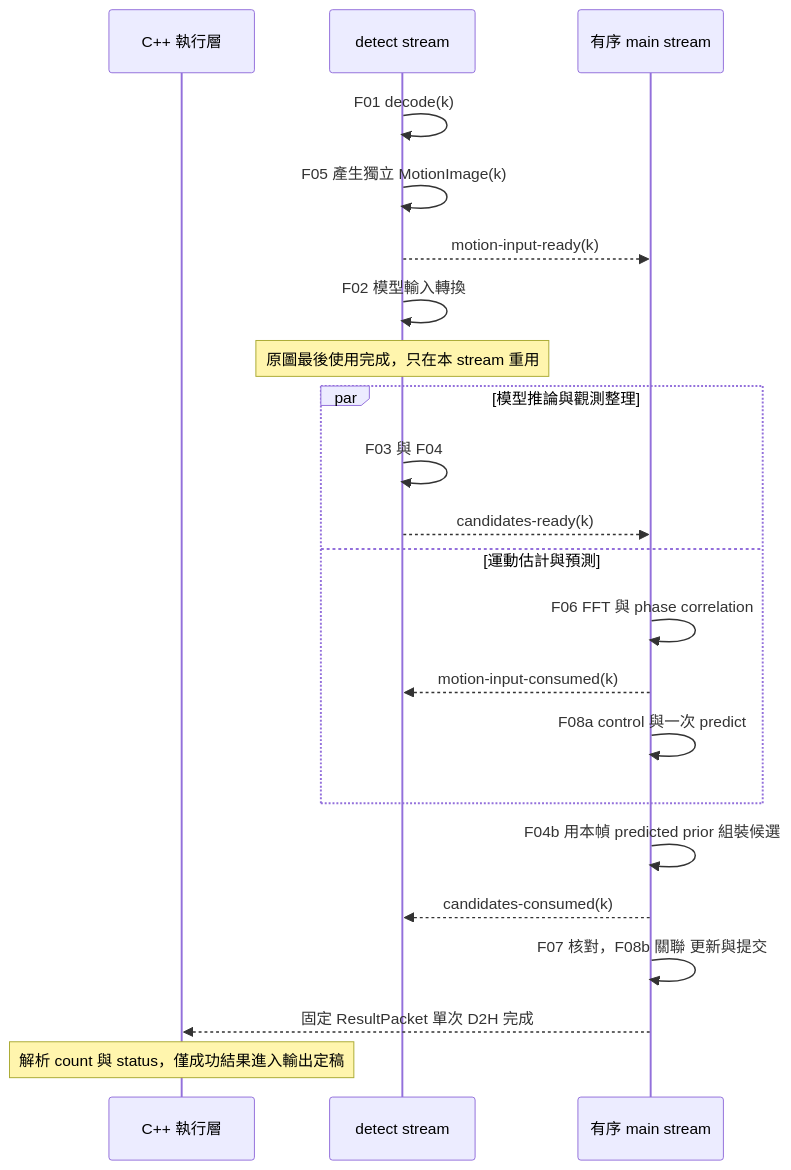
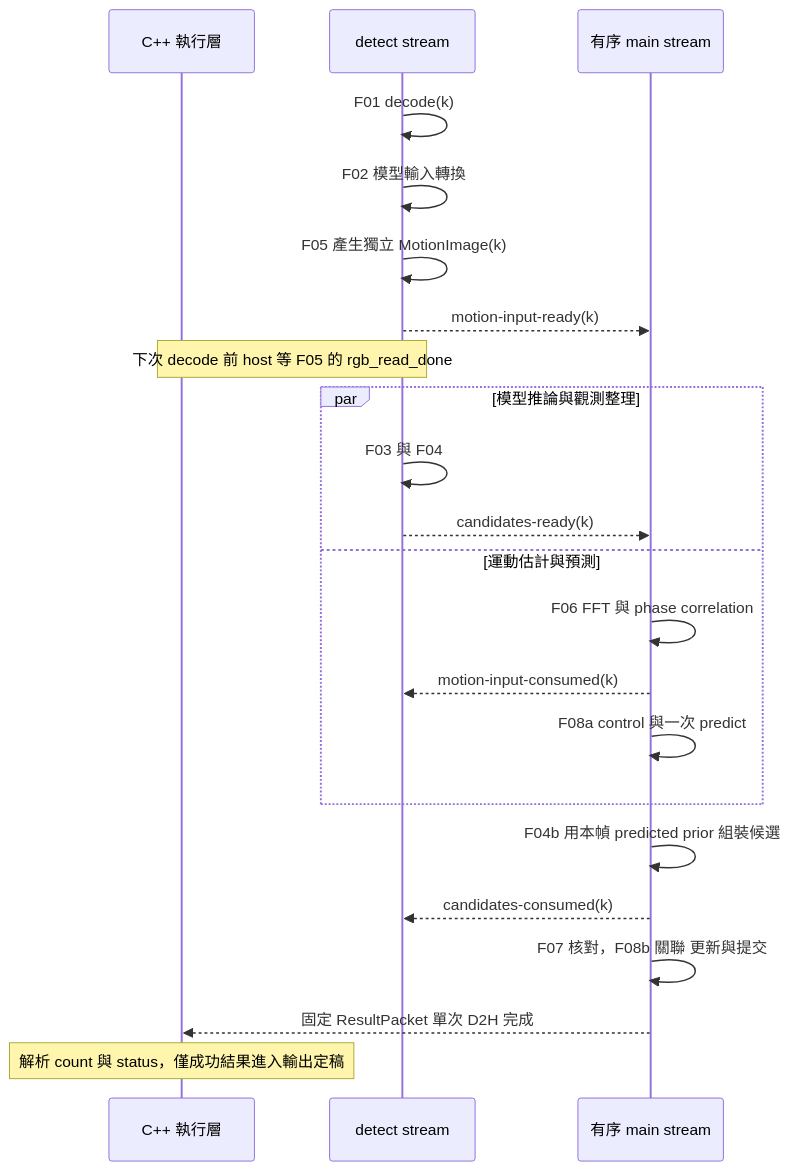
Before and after one commit to raylei50653/saccade_v1: the second of 2 diagrams in docs/DATAFLOW.md, drawn with Mermaid. The commit also changed other lines of this file and 395 other files, not shown here.

First line of the commit message:
Replay F03-F04 and the tracking tail as CUDA Graphs, cut sort work, and record the resource schedule

````diff
--- a/docs/DATAFLOW.md
+++ b/docs/DATAFLOW.md
@@ -251,24 +251,24 @@
 ```mermaid
 sequenceDiagram
     participant C as C++ 執行層
     participant D as detect stream
     participant M as 有序 main stream
     D->>D: F01 decode(k)
+    D->>D: F02 模型輸入轉換
     D->>D: F05 產生獨立 MotionImage(k)
     D-->>M: motion-input-ready(k)
-    D->>D: F02 模型輸入轉換
-    Note over D: 原圖最後使用完成，只在本 stream 重用
+    Note over C,D: 下次 decode 前 host 等 F05 的 rgb_read_done
     par 模型推論與觀測整理
         D->>D: F03 與 F04
         D-->>M: candidates-ready(k)
     and 運動估計與預測
         M->>M: F06 FFT 與 phase correlation
         M-->>D: motion-input-consumed(k)
         M->>M: F08a control 與一次 predict
     end
     M->>M: F04b 用本幀 predicted prior 組裝候選
     M-->>D: candidates-consumed(k)
     M->>M: F07 核對，F08b 關聯 更新與提交
     M-->>C: 固定 ResultPacket 單次 D2H 完成
     Note over C: 解析 count 與 status，僅成功結果進入輸出定稿
 ```
````
